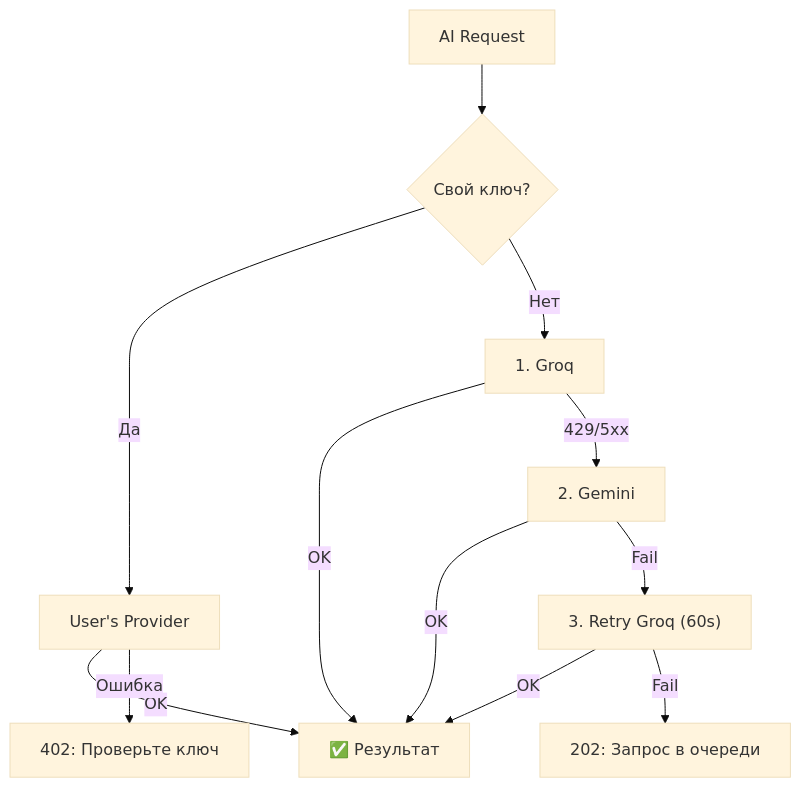
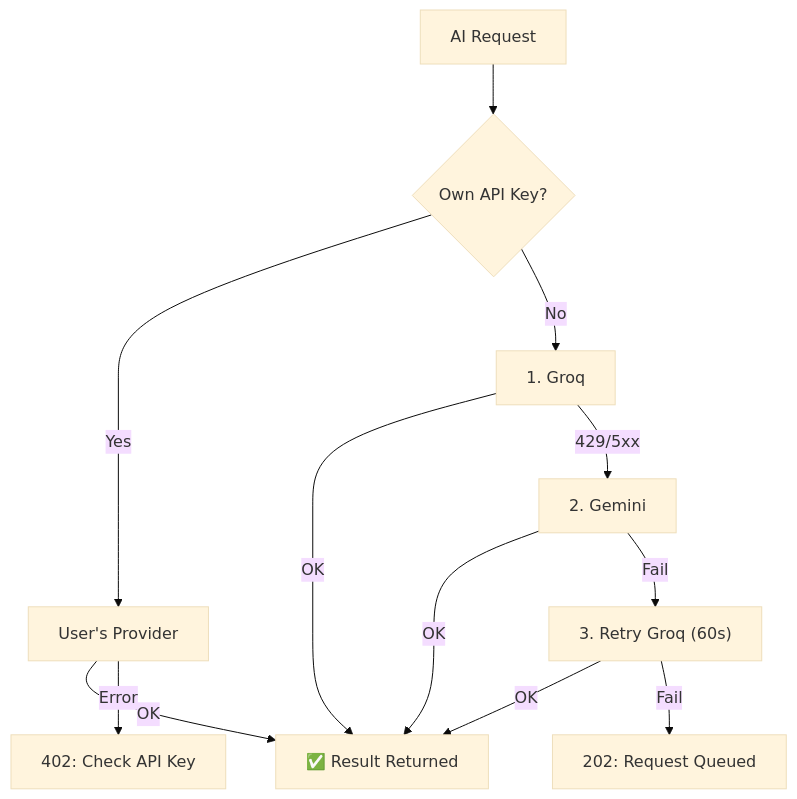
One commit to botmaksim/lingua-optima changed the fifth of 5 diagrams in docs/README.md. Above: the diagram before and after it, drawn with Mermaid (base theme). The commit also changed other lines of this file and 6 other files, not shown here.

````diff
--- a/docs/README.md
+++ b/docs/README.md
@@ -680,15 +670,15 @@
 ```mermaid
 flowchart TD
-    REQ["AI Request"] --> OWN{Свой ключ?}
-    OWN -->|Да| USER_PROV["User's Provider"]
-    USER_PROV -->|OK| DONE["✅ Результат"]
-    USER_PROV -->|Ошибка| ERR402["402: Проверьте ключ"]
+    REQ["AI Request"] --> OWN{"Own API Key?"}
+    OWN -->|Yes| USER_PROV["User's Provider"]
+    USER_PROV -->|OK| DONE["✅ Result Returned"]
+    USER_PROV -->|Error| ERR402["402: Check API Key"]
 
-    OWN -->|Нет| P1["1. Groq"]
+    OWN -->|No| P1["1. Groq"]
     P1 -->|OK| DONE
     P1 -->|429/5xx| P2["2. Gemini"]
     P2 -->|OK| DONE
     P2 -->|Fail| P3["3. Retry Groq (60s)"]
     P3 -->|OK| DONE
-    P3 -->|Fail| QUEUE["202: Запрос в очереди"]
+    P3 -->|Fail| QUEUE["202: Request Queued"]
 ```
````
